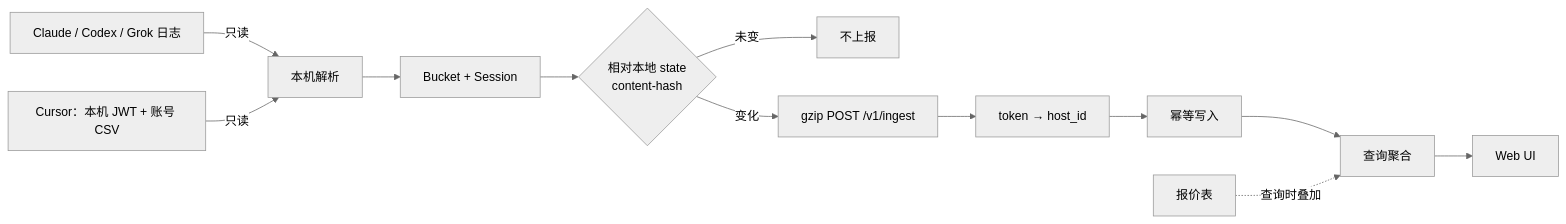
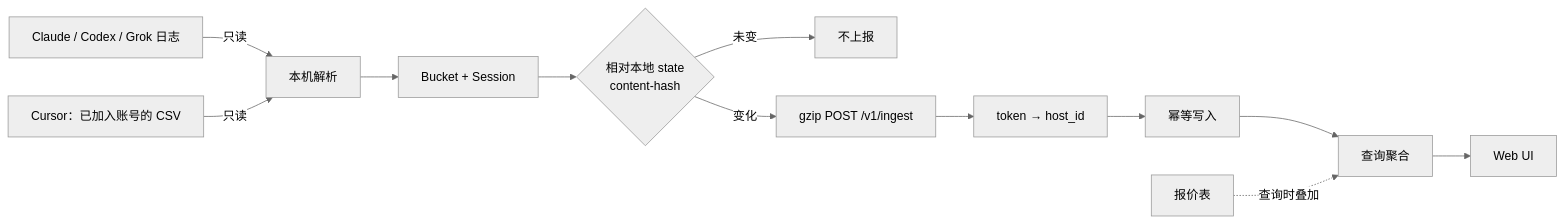
One commit to Huanfiy/ai-usage changed the second of 5 diagrams in docs/design/architecture.md. Above: the diagram before and after it, drawn with Mermaid (neutral theme). The commit also changed other lines of this file and 2 other files, not shown here.

Commit message:
📝 docs: 更新 Cursor 手动加入制与套餐快照链路说明

````diff
--- a/docs/design/architecture.md
+++ b/docs/design/architecture.md
@@ -89,14 +90,14 @@
 ```mermaid
 flowchart LR
   logs[Claude / Codex / Grok 日志] -->|只读| parse[本机解析]
-  cursor[Cursor：本机 JWT + 账号 CSV] -->|只读| parse
+  cursor[Cursor：已加入账号的 CSV] -->|只读| parse
   parse --> norm[Bucket + Session]
   norm --> diff{相对本地 state<br/>content-hash}
   diff -->|未变| skip[不上报]
   diff -->|变化| push["gzip POST /v1/ingest"]
   push --> id[token → host_id]
   id --> store[幂等写入]
   store --> q[查询聚合]
   price[报价表] -.->|查询时叠加| q
   q --> ui[Web UI]
 ```
````
